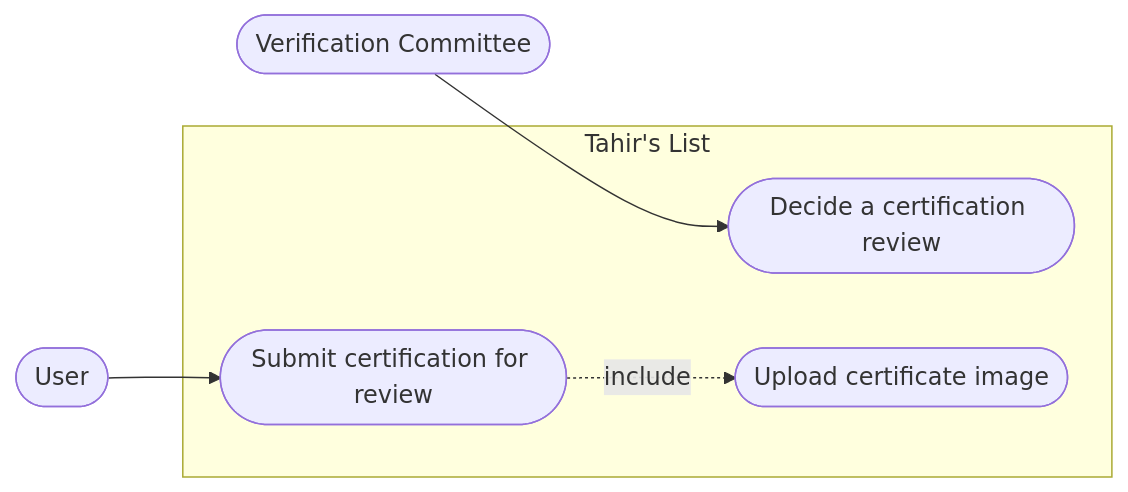
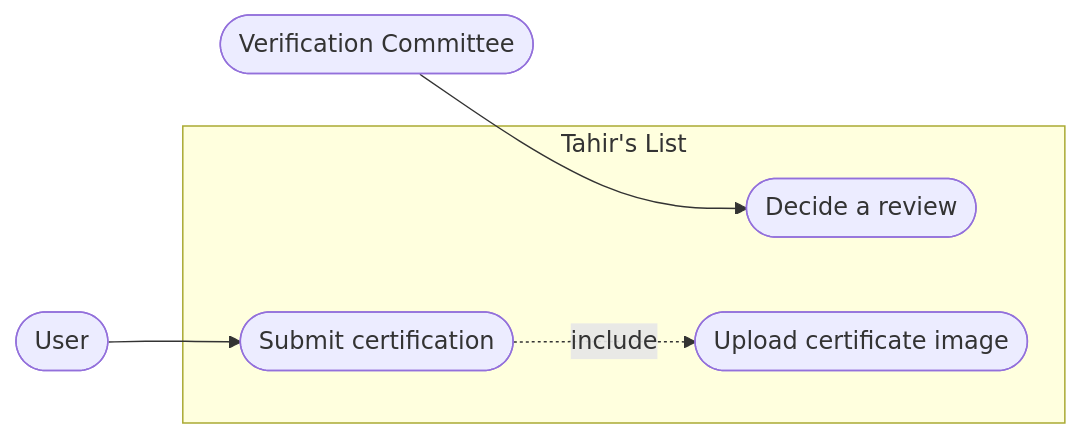
One commit to Losers-Lab/tahirs-list changed the fourth of 11 diagrams in docs/process/feature-workflow.md. Above: the diagram before and after it, drawn with Mermaid. The commit also changed other lines of this file and 1 other file, not shown here.

Commit message:
docs: Make feature workflow diagram-first

````diff
--- a/docs/process/feature-workflow.md
+++ b/docs/process/feature-workflow.md
@@ -744,13 +163,13 @@
 ```mermaid
 flowchart LR
   U([User])
   VC([Verification Committee])
   subgraph System["Tahir's List"]
-    UC01([Submit certification for review])
-    UC02([Decide a certification review])
+    UC01([Submit certification])
+    UC02([Decide a review])
     UC03([Upload certificate image])
   end
   U --> UC01
   VC --> UC02
   UC01 -.->|include| UC03
 ```
````
